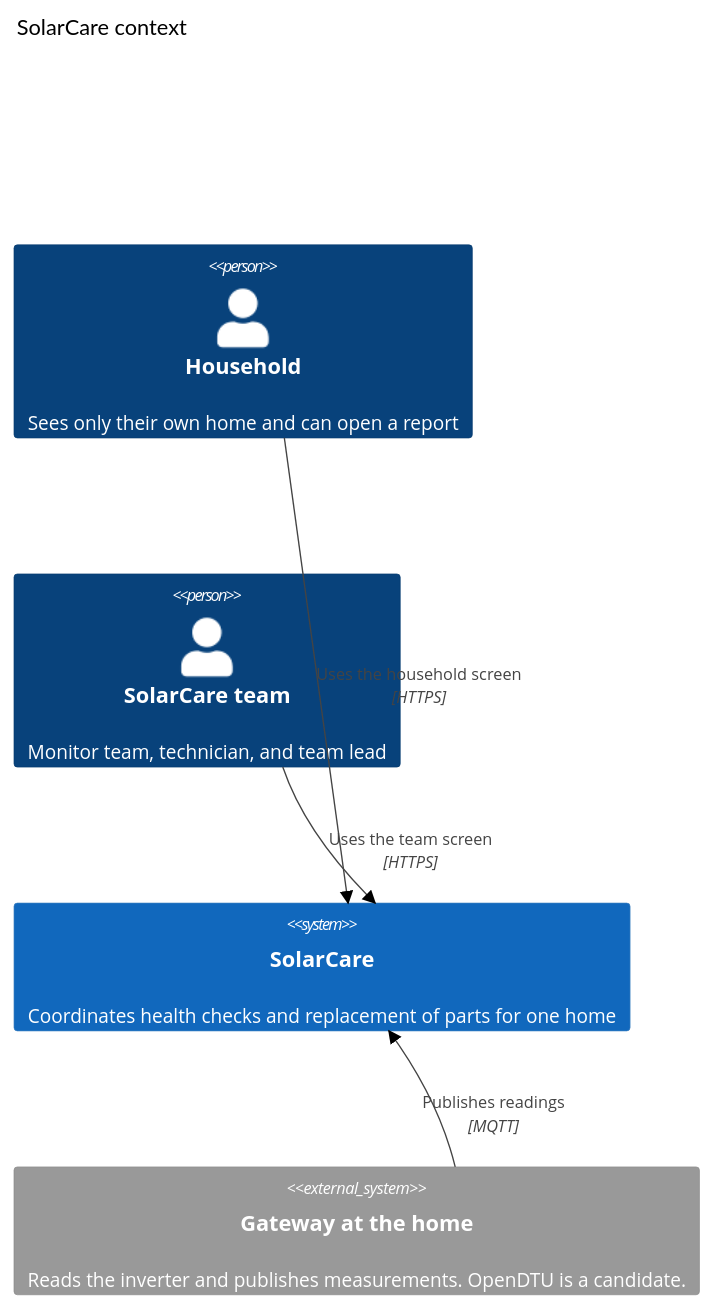
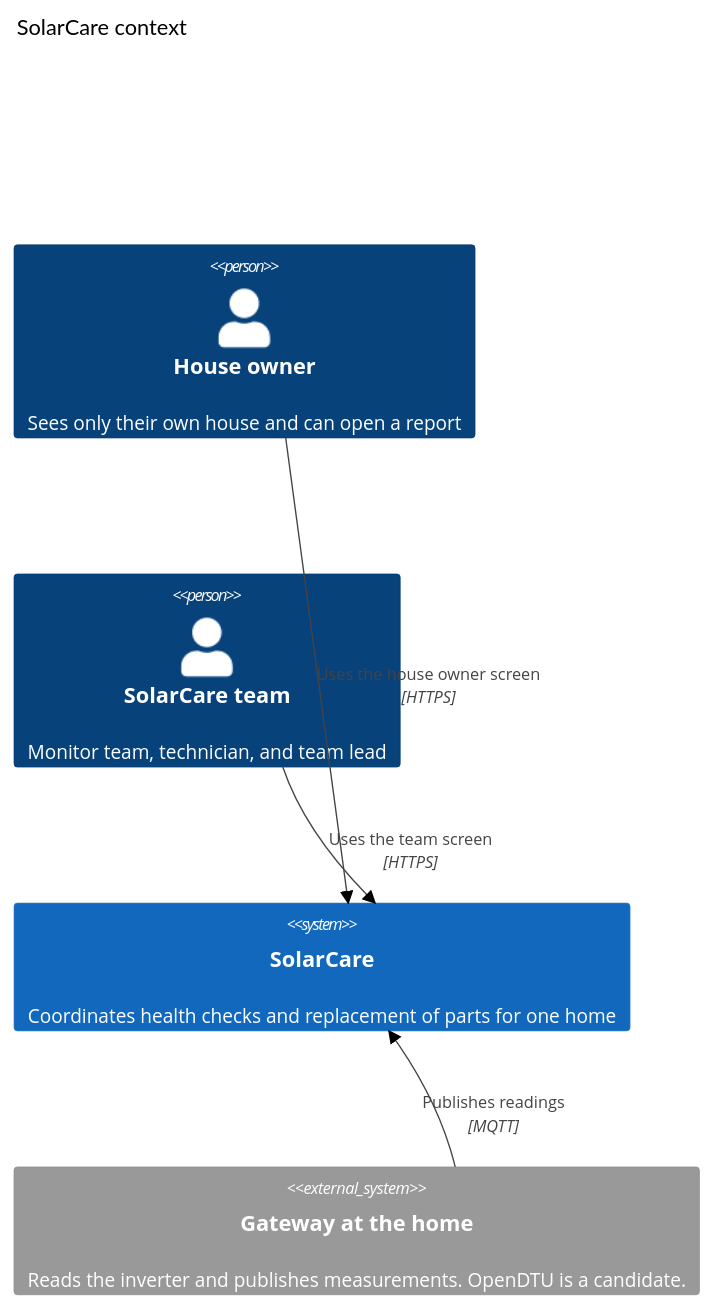
The diagram in diagrams/c4/context.md (SolarCare-school-project/SolarCare), drawn with Mermaid (forest theme) before and after one commit. The commit also changed 7 other files, not shown here.

````diff
--- a/diagrams/c4/context.md
+++ b/diagrams/c4/context.md
@@ -5,13 +5,13 @@
 ```mermaid
 C4Context
 title SolarCare context
 
-Person(household, "Household", "Sees only their own home and can open a report")
+Person(owner, "House owner", "Sees only their own house and can open a report")
 Person(team, "SolarCare team", "Monitor team, technician, and team lead")
 System(solarcare, "SolarCare", "Coordinates health checks and replacement of parts for one home")
 System_Ext(gateway, "Gateway at the home", "Reads the inverter and publishes measurements. OpenDTU is a candidate.")
 
-Rel(household, solarcare, "Uses the household screen", "HTTPS")
+Rel(owner, solarcare, "Uses the house owner screen", "HTTPS")
 Rel(team, solarcare, "Uses the team screen", "HTTPS")
 Rel(gateway, solarcare, "Publishes readings", "MQTT")
 ```
````
